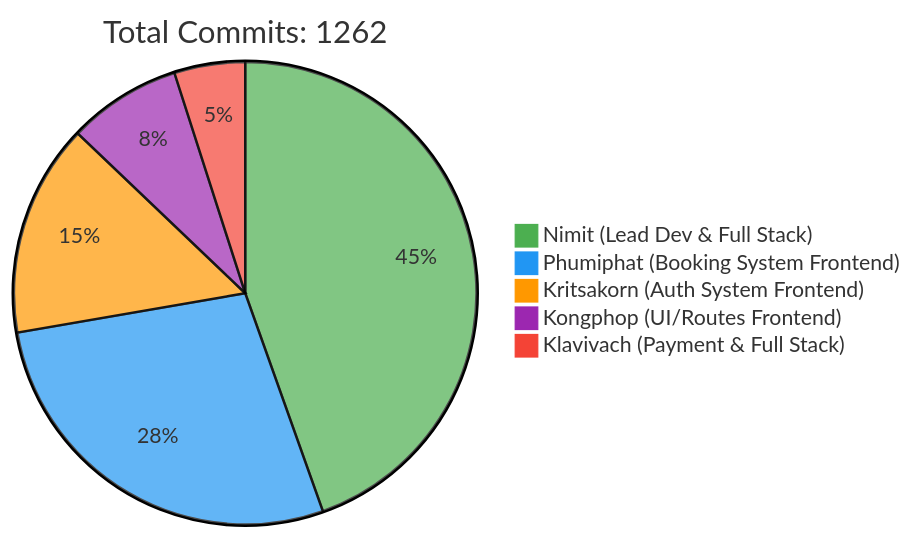
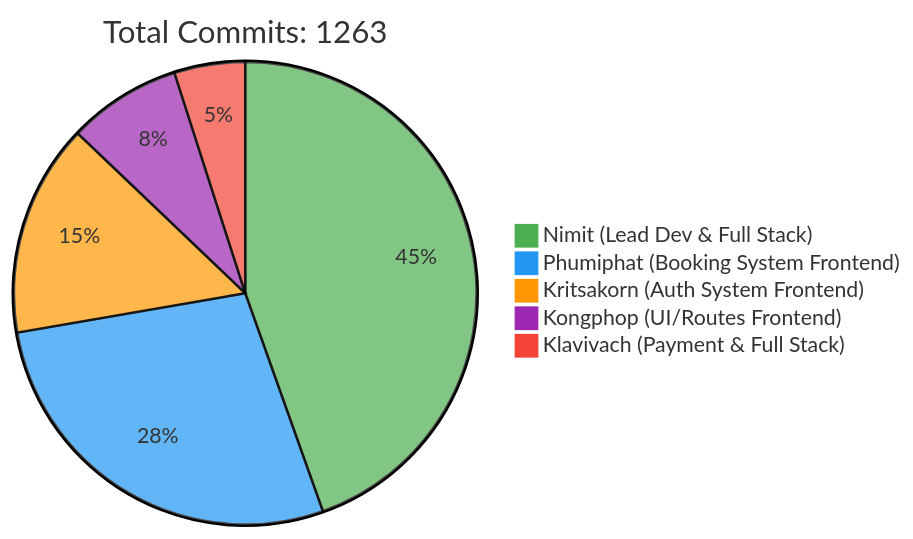
Before and after one commit to 6531503042/Sport-Complex: the first of 2 diagrams in README.md, drawn with Mermaid. The commit also changed other lines of this file, not shown here.

Commit message:
docs: Update contributor statistics [skip ci]

````diff
--- a/README.md
+++ b/README.md
@@ -257,10 +257,10 @@
 ```mermaid
 %%{init: {'theme': 'base', 'themeVariables': { 'pie1': '#4CAF50', 'pie2': '#2196F3', 'pie3': '#FF9800', 'pie4': '#9C27B0', 'pie5': '#F44336'}}}%%
 pie
-    title Total Commits: 1262
+    title Total Commits: 1263
     "Nimit (Lead Dev & Full Stack)" : 450
     "Phumiphat (Booking System Frontend)" : 280
     "Kritsakorn (Auth System Frontend)" : 150
     "Kongphop (UI/Routes Frontend)" : 80
     "Klavivach (Payment & Full Stack)" : 50
 ```
````
